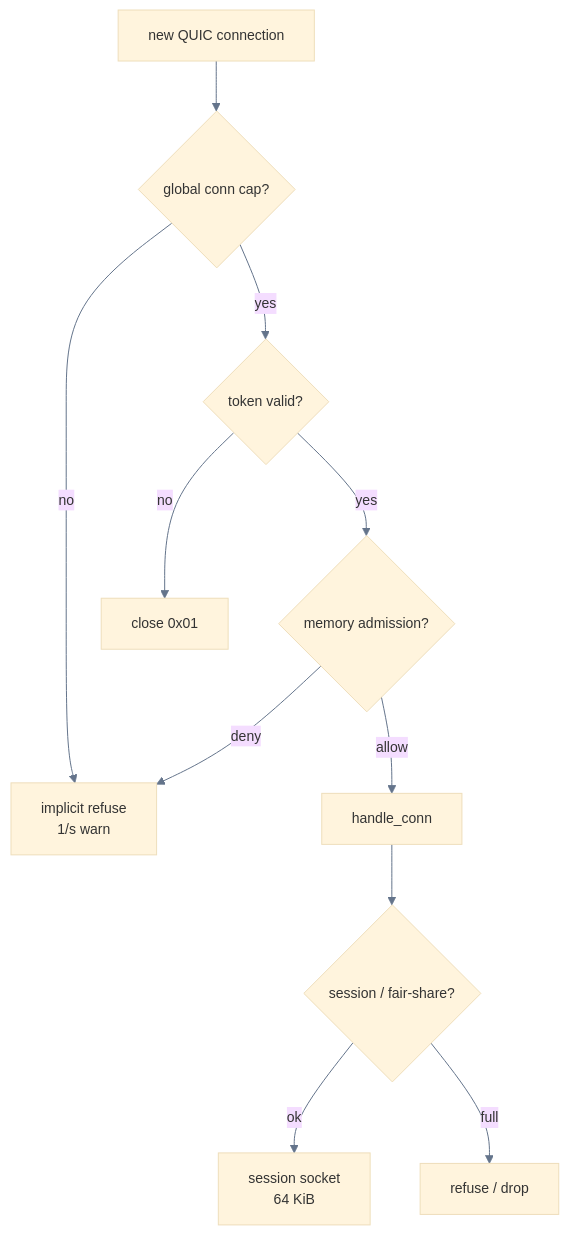
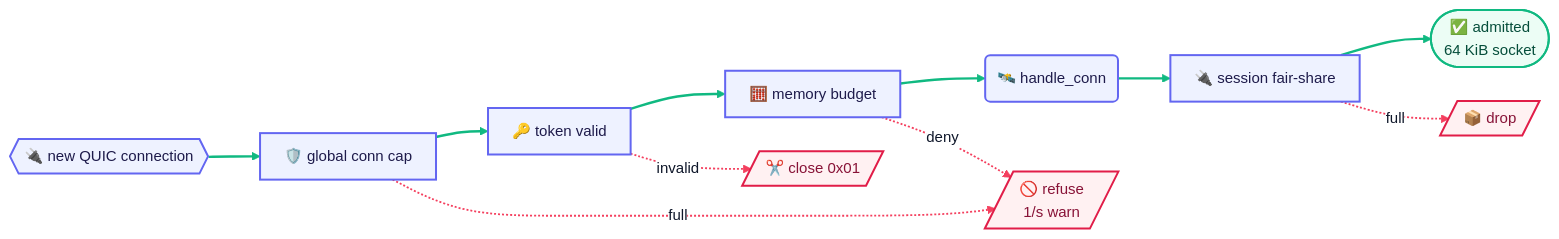
One commit to Terutoki/MyQUIC2 changed diagram 20 of 25 in README.md. Above: the diagram before and after it, drawn with Mermaid. The commit also changed other lines of this file, not shown here.

First line of the commit message:
docs(readme): redraw the Mermaid atlas with a polished visual system

````diff
--- a/README.md
+++ b/README.md
@@ -840,14 +955,23 @@
 ```mermaid
-%%{init: {"theme":"base","themeVariables":{"fontSize":"14px","lineColor":"#64748b"}}}%%
-flowchart TB
-C["new QUIC connection"] --> G{"global conn cap?"}
-    G -->|"no"| R["implicit refuse<br/>1/s warn"]
-    G -->|"yes"| A{"token valid?"}
-    A -->|"no"| CL["close 0x01"]
-    A -->|"yes"| M{"memory admission?"}
-    M -->|"deny"| R
-    M -->|"allow"| H["handle_conn"]
-    H --> S{"session / fair-share?"}
-    S -->|"ok"| SESS["session socket<br/>64 KiB"]
-    S -->|"full"| D["refuse / drop"]
+%%{init: {"theme":"base","themeVariables":{"fontSize":"15px","primaryColor":"#eef2ff","primaryTextColor":"#0f172a","primaryBorderColor":"#6366f1","lineColor":"#94a3b8","secondaryColor":"#ecfeff","tertiaryColor":"#fff7ed","edgeLabelBackground":"#ffffff","clusterBkg":"#f8fafc","clusterBorder":"#e2e8f0","mainBkg":"#ffffff","noteBkgColor":"#eff6ff","noteBorderColor":"#93c5fd","noteTextColor":"#1e3a8a"},"flowchart":{"curve":"basis","nodeSpacing":34,"rankSpacing":52,"padding":12,"htmlLabels":true}} }%%
+flowchart LR
+C{{"🔌 new QUIC connection"}} --> G["🛡️ global conn cap"] --> A["🔑 token valid"] --> M["🧮 memory budget"] --> H("🛰️ handle_conn") --> S["🔌 session fair-share"] --> SESS(["✅ admitted<br/>64 KiB socket"])
+    G -.->|"full"| R[/"🚫 refuse<br/>1/s warn"/]
+    A -.->|"invalid"| CL[/"✂️ close 0x01"/]
+    M -.->|"deny"| R
+    S -.->|"full"| D[/"📦 drop"/]
+    class C,G,A,M,H,S coreC
+    class SESS clientC
+    class R,CL,D dangerC
+    linkStyle 0,1,2,3,4,5 stroke:#10b981,stroke-width:2.4px
+    linkStyle 6,7,8,9 stroke:#f43f5e,stroke-width:1.8px
+
+    classDef clientC fill:#ecfdf5,stroke:#10b981,stroke-width:2px,color:#064e3b
+    classDef coreC fill:#eef2ff,stroke:#6366f1,stroke-width:2px,color:#1e1b4b
+    classDef wireC fill:#ecfeff,stroke:#0891b2,stroke-width:2px,color:#164e63
+    classDef warmC fill:#fff7ed,stroke:#f97316,stroke-width:2px,color:#7c2d12
+    classDef dangerC fill:#fff1f2,stroke:#e11d48,stroke-width:2px,color:#881337
+    classDef muteC fill:#f8fafc,stroke:#cbd5e1,color:#475569
+    classDef noteC fill:#f5f3ff,stroke:#8b5cf6,stroke-width:1.5px,color:#4c1d95
+    classDef decisionC fill:#fef3c7,stroke:#d97706,stroke-width:2px,color:#78350f
 ```
````
